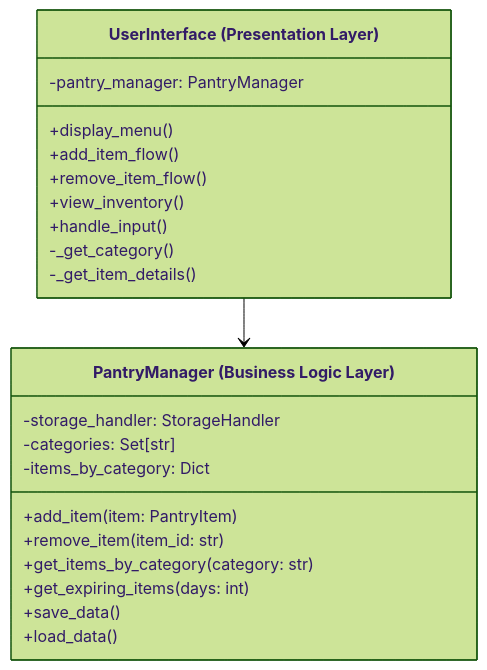
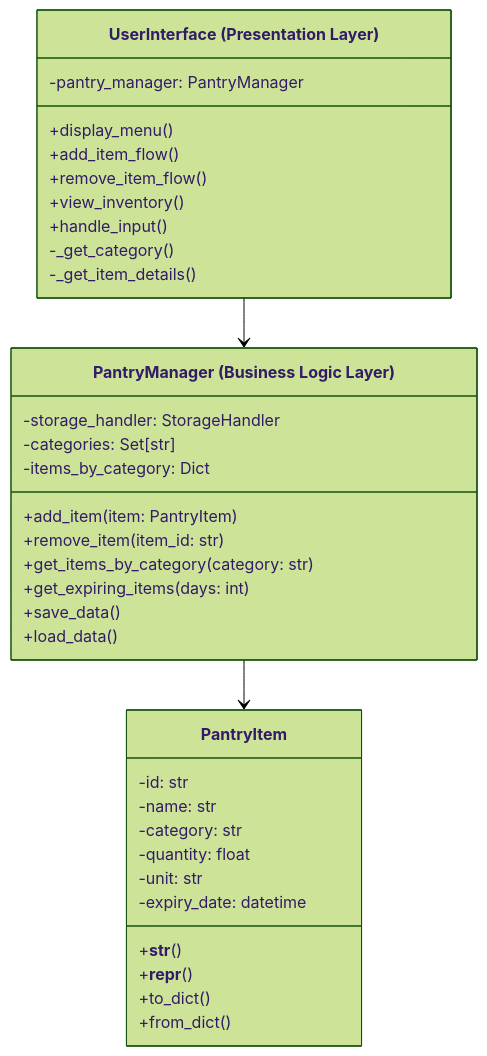
The diagram in cwd_3c/class_Diagram.md (ostafford/cwd_playground), drawn with Mermaid (forest theme) before and after one commit. The commit also changed other lines of this file and 1 other file, not shown here.

Commit message:
Added PantryItem (Package) Todo: Persistence Layer

````diff
--- a/cwd_3c/class_Diagram.md
+++ b/cwd_3c/class_Diagram.md
@@ -1,27 +1,44 @@
 ```mermaid
 classDiagram
     class PL ["UserInterface (Presentation Layer)"] {
         -pantry_manager: PantryManager
         +display_menu()
         +add_item_flow()
         +remove_item_flow()
         +view_inventory()
         +handle_input()
         -_get_category()
         -_get_item_details()
     }
 
-class BLL ["PantryManager (Business Logic Layer)"] {
+    class BLL ["PantryManager (Business Logic Layer)"] {
         -storage_handler: StorageHandler
         -categories: Set[str]
         -items_by_category: Dict
         +add_item(item: PantryItem)
         +remove_item(item_id: str)
         +get_items_by_category(category: str)
         +get_expiring_items(days: int)
         +save_data()
         +load_data()
     }
 
+    class PI ["PantryItem"] {
+        -id: str
+        -name: str
+        -category: str
+        -quantity: float
+        -unit: str
+        -expiry_date: datetime
+        +__str__()
+        +__repr__()
+        +to_dict()
+        +from_dict()
+    }
+
+
+
+
 PL --> BLL
+BLL --> PI
 ```
````
